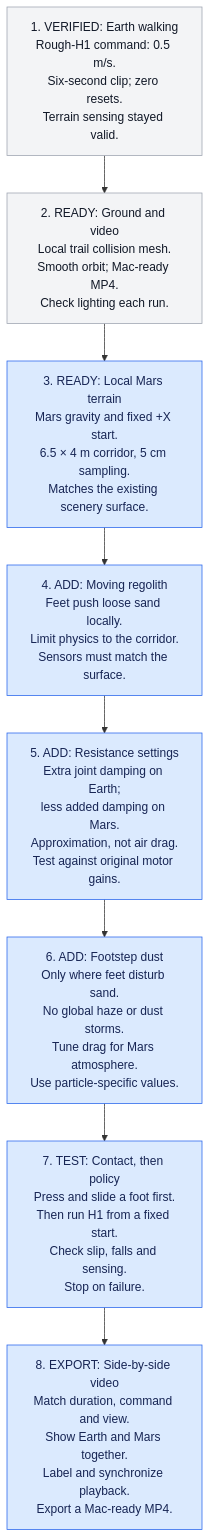
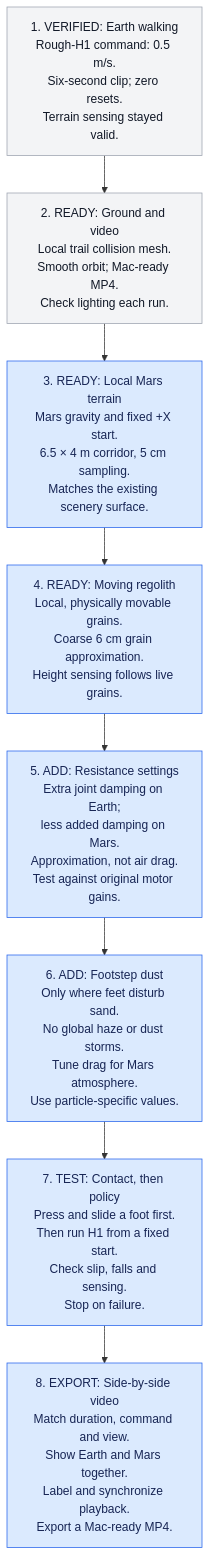
The third of 3 diagrams in README.md (eddie-wq07/Mars-Project), drawn with Mermaid before and after one commit. The commit also changed other lines of this file and 8 other files, not shown here.

Commit message:
step 4: Add movable local regolith

````diff
--- a/README.md
+++ b/README.md
@@ -124,18 +124,18 @@
 ```mermaid
 flowchart TD
     earth["1. VERIFIED: Earth walking<br/>Rough-H1 command: 0.5 m/s.<br/>Six-second clip; zero resets.<br/>Terrain sensing stayed valid."]
     capture["2. READY: Ground and video<br/>Local trail collision mesh.<br/>Smooth orbit; Mac-ready MP4.<br/>Check lighting each run."]
     mars["3. READY: Local Mars terrain<br/>Mars gravity and fixed +X start.<br/>6.5 × 4 m corridor, 5 cm sampling.<br/>Matches the existing scenery surface."]
-    soil["4. ADD: Moving regolith<br/>Feet push loose sand locally.<br/>Limit physics to the corridor.<br/>Sensors must match the surface."]
+    soil["4. READY: Moving regolith<br/>Local, physically movable grains.<br/>Coarse 6 cm grain approximation.<br/>Height sensing follows live grains."]
     damping["5. ADD: Resistance settings<br/>Extra joint damping on Earth;<br/>less added damping on Mars.<br/>Approximation, not air drag.<br/>Test against original motor gains."]
     dust["6. ADD: Footstep dust<br/>Only where feet disturb sand.<br/>No global haze or dust storms.<br/>Tune drag for Mars atmosphere.<br/>Use particle-specific values."]
     test["7. TEST: Contact, then policy<br/>Press and slide a foot first.<br/>Then run H1 from a fixed start.<br/>Check slip, falls and sensing.<br/>Stop on failure."]
     compare["8. EXPORT: Side-by-side video<br/>Match duration, command and view.<br/>Show Earth and Mars together.<br/>Label and synchronize playback.<br/>Export a Mac-ready MP4."]
 
     earth --> capture --> mars --> soil --> damping --> dust --> test --> compare
 
     classDef core fill:#dbeafe,stroke:#2563eb,color:#172554;
     classDef support fill:#f3f4f6,stroke:#9ca3af,color:#111827;
     class mars,soil,damping,dust,test,compare core;
     class earth,capture support;
 ```
````
